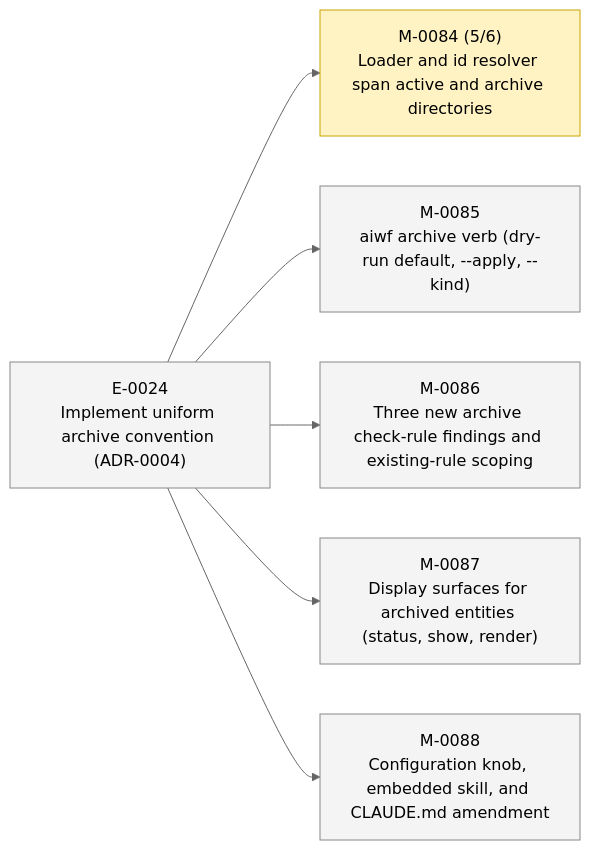
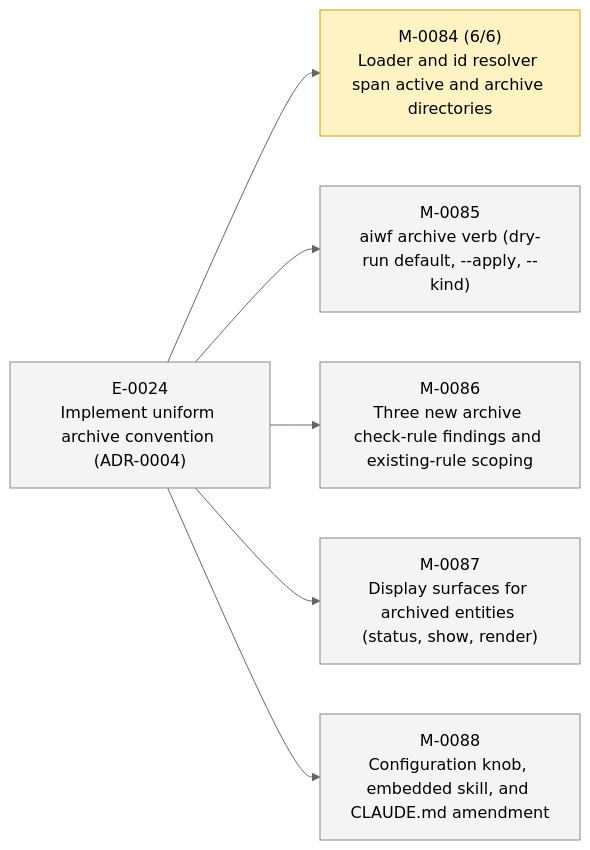
The second of 2 diagrams in STATUS.md (23min/aiwf), drawn with Mermaid (neutral theme) before and after one commit. The commit also changed other lines of this file and 1 other file, not shown here.

````diff
--- a/STATUS.md
+++ b/STATUS.md
@@ -49,20 +49,20 @@
 ```mermaid
 flowchart LR
   E_0024["E-0024<br/>Implement uniform archive convention (ADR-0004)"]:::epic_proposed
-  M_0084["M-0084 (5/6)<br/>Loader and id resolver span active and archive directories"]:::ms_in_progress
+  M_0084["M-0084 (6/6)<br/>Loader and id resolver span active and archive directories"]:::ms_in_progress
   E_0024 --> M_0084
   M_0085["M-0085<br/>aiwf archive verb (dry-run default, --apply, --kind)"]:::ms_draft
   E_0024 --> M_0085
   M_0086["M-0086<br/>Three new archive check-rule findings and existing-rule scoping"]:::ms_draft
   E_0024 --> M_0086
   M_0087["M-0087<br/>Display surfaces for archived entities (status, show, render)"]:::ms_draft
   E_0024 --> M_0087
   M_0088["M-0088<br/>Configuration knob, embedded skill, and CLAUDE.md amendment"]:::ms_draft
   E_0024 --> M_0088
   classDef epic_active fill:#d6eaff,stroke:#1a73e8,color:#000
   classDef epic_proposed fill:#f4f4f4,stroke:#888,color:#000
   classDef ms_done fill:#d8f5d8,stroke:#2a8a2a,color:#000
   classDef ms_in_progress fill:#fff3c4,stroke:#caa400,color:#000
   classDef ms_draft fill:#f4f4f4,stroke:#888,color:#000
   classDef ms_cancelled fill:#fbeaea,stroke:#c33,color:#000
 ```
````
